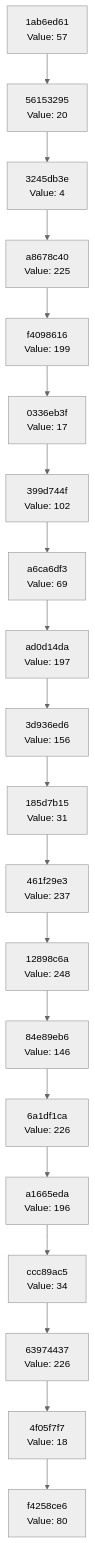
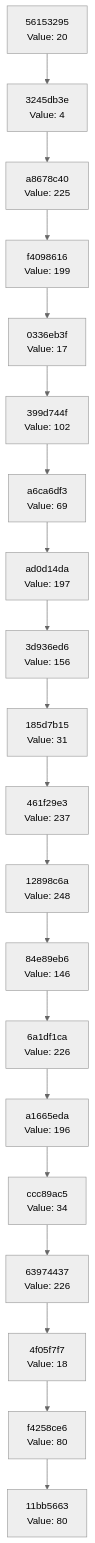
Before and after one commit to Abhisheksinha1506/hash-chain-evolver: the diagram in docs/CHAIN_VISUALIZATION.md, drawn with Mermaid (neutral theme). The commit also changed 2 other files, not shown here.

Commit message:
Evolution Step

````diff
--- a/docs/CHAIN_VISUALIZATION.md
+++ b/docs/CHAIN_VISUALIZATION.md
@@ -3,42 +3,42 @@
 ```mermaid
 graph TD
-    C0["f4258ce6<br/>Value: 80"]
-    C1["4f05f7f7<br/>Value: 18"]
+    C0["11bb5663<br/>Value: 80"]
+    C1["f4258ce6<br/>Value: 80"]
     C1 --> C0
-    C2["63974437<br/>Value: 226"]
+    C2["4f05f7f7<br/>Value: 18"]
     C2 --> C1
-    C3["ccc89ac5<br/>Value: 34"]
+    C3["63974437<br/>Value: 226"]
     C3 --> C2
-    C4["a1665eda<br/>Value: 196"]
+    C4["ccc89ac5<br/>Value: 34"]
     C4 --> C3
-    C5["6a1df1ca<br/>Value: 226"]
+    C5["a1665eda<br/>Value: 196"]
     C5 --> C4
-    C6["84e89eb6<br/>Value: 146"]
+    C6["6a1df1ca<br/>Value: 226"]
     C6 --> C5
-    C7["12898c6a<br/>Value: 248"]
+    C7["84e89eb6<br/>Value: 146"]
     C7 --> C6
-    C8["461f29e3<br/>Value: 237"]
+    C8["12898c6a<br/>Value: 248"]
     C8 --> C7
-    C9["185d7b15<br/>Value: 31"]
+    C9["461f29e3<br/>Value: 237"]
     C9 --> C8
-    C10["3d936ed6<br/>Value: 156"]
+    C10["185d7b15<br/>Value: 31"]
     C10 --> C9
-    C11["ad0d14da<br/>Value: 197"]
+    C11["3d936ed6<br/>Value: 156"]
     C11 --> C10
-    C12["a6ca6df3<br/>Value: 69"]
+    C12["ad0d14da<br/>Value: 197"]
     C12 --> C11
-    C13["399d744f<br/>Value: 102"]
+    C13["a6ca6df3<br/>Value: 69"]
     C13 --> C12
-    C14["0336eb3f<br/>Value: 17"]
+    C14["399d744f<br/>Value: 102"]
     C14 --> C13
-    C15["f4098616<br/>Value: 199"]
+    C15["0336eb3f<br/>Value: 17"]
     C15 --> C14
-    C16["a8678c40<br/>Value: 225"]
+    C16["f4098616<br/>Value: 199"]
     C16 --> C15
-    C17["3245db3e<br/>Value: 4"]
+    C17["a8678c40<br/>Value: 225"]
     C17 --> C16
-    C18["56153295<br/>Value: 20"]
+    C18["3245db3e<br/>Value: 4"]
     C18 --> C17
-    C19["1ab6ed61<br/>Value: 57"]
+    C19["56153295<br/>Value: 20"]
     C19 --> C18
 ```
````
